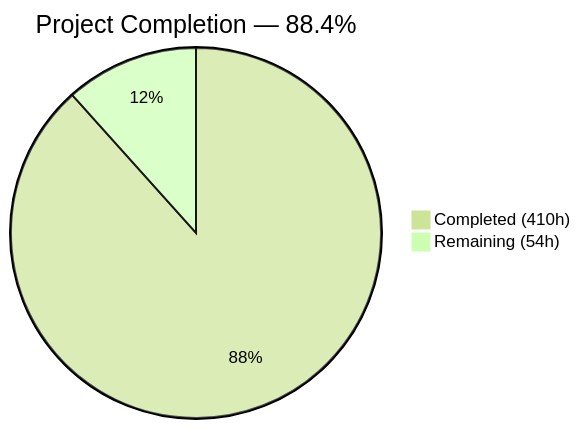
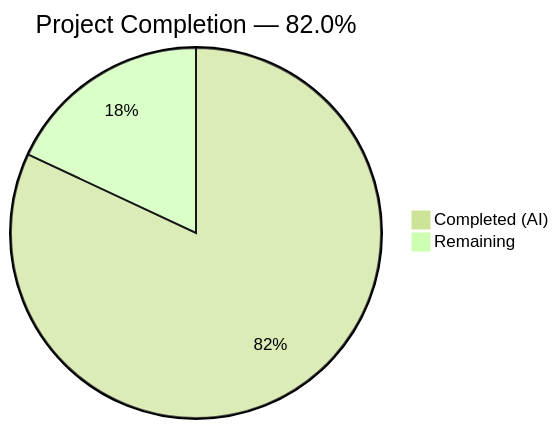
The first of 2 diagrams in blitzy/documentation/Project Guide.md (Blitzy-Sandbox/blitzy-RudderStack), drawn with Mermaid (forest theme) before and after one commit. The commit also changed other lines of this file, not shown here.

Commit message:
Adding Blitzy Project Guide: Project Status and Human Tasks Remaining

````diff
--- a/blitzy/documentation/Project Guide.md
+++ b/blitzy/documentation/Project Guide.md
@@ -13,5 +13,5 @@
 ```mermaid
-pie title Project Completion — 88.4%
-    "Completed (410h)" : 410
-    "Remaining (54h)" : 54
+pie title Project Completion — 82.0%
+    "Completed (AI)" : 300
+    "Remaining" : 66
 ```
````
